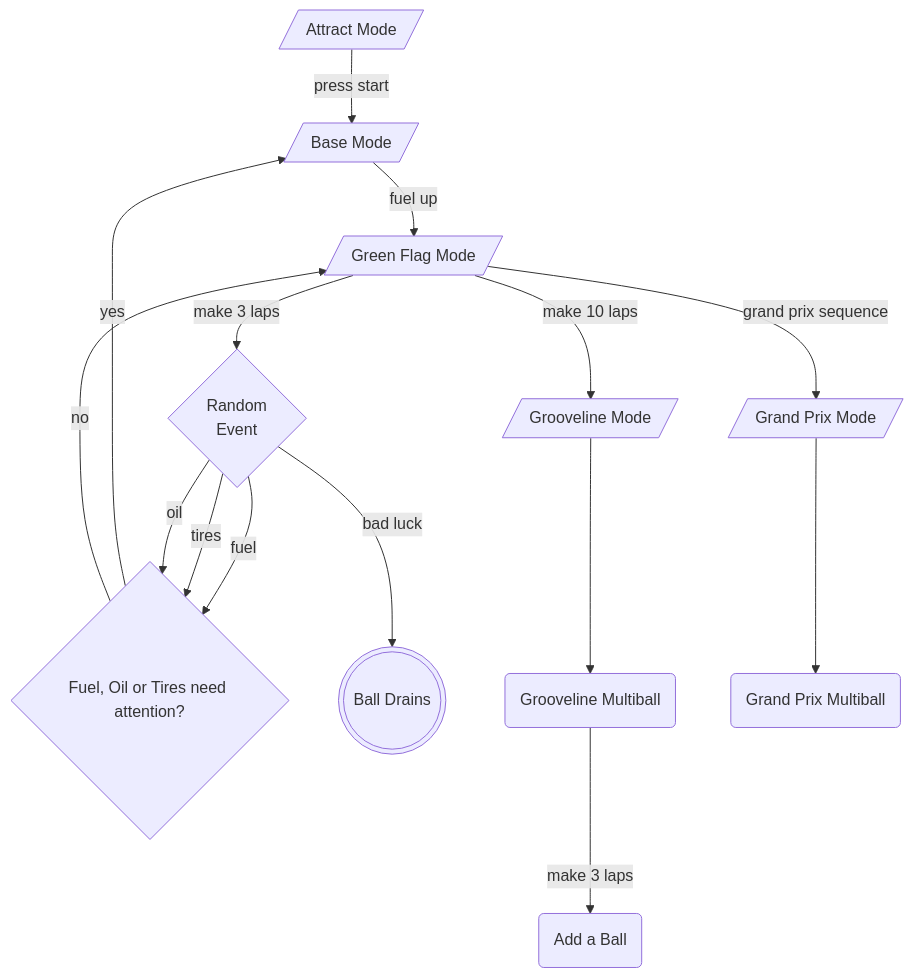
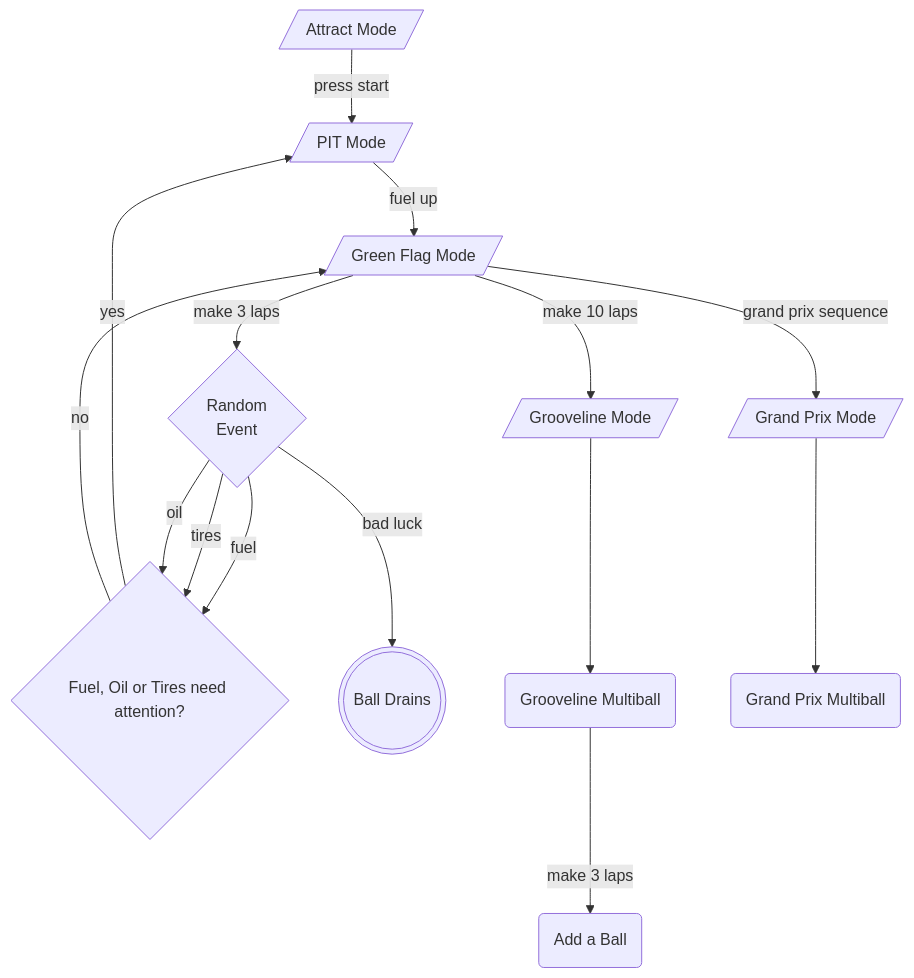
The diagram in README.md (deathsave/grand-prix), drawn with Mermaid before and after one commit. The commit also changed 10 other files, not shown here.

Commit message:
chore: rename base mode to pit mode for clarity

````diff
--- a/README.md
+++ b/README.md
@@ -25,18 +25,18 @@
 ```mermaid
 graph TD
-  ATTRACT[/"Attract Mode"/] -- press start --> BASE[/"Base Mode"/]
-  BASE -- fuel up --> GREEN_FLAG[/"Green Flag Mode"/]
+  ATTRACT[/"Attract Mode"/] -- press start --> PIT[/"PIT Mode"/]
+  PIT -- fuel up --> GREEN_FLAG[/"Green Flag Mode"/]
   GREEN_FLAG -- make 3 laps --> RANDOM1{"Random<br>Event"}
   GREEN_FLAG -- make 10 laps --> GL_MODE[/"Grooveline Mode"/]
   GREEN_FLAG -- grand prix sequence --> GP_MODE[/"Grand Prix Mode"/]
   RANDOM1 -- fuel -->
     PIT_CHECK{"Fuel, Oil or Tires need attention?"}
   RANDOM1 -- tires --> PIT_CHECK
   RANDOM1 -- oil --> PIT_CHECK
   RANDOM1 -- bad luck --> BALL_DRAINS((("Ball Drains")))
-  PIT_CHECK -- yes --> BASE
+  PIT_CHECK -- yes --> PIT
   PIT_CHECK -- no --> GREEN_FLAG
   GL_MODE --> GL_MULTI("Grooveline Multiball")
   GP_MODE --> GP_MULTI("Grand Prix Multiball")
   GL_MULTI -- make 3 laps --> GL_MULTI_ADD_BALL("Add a Ball")
 ```
````
